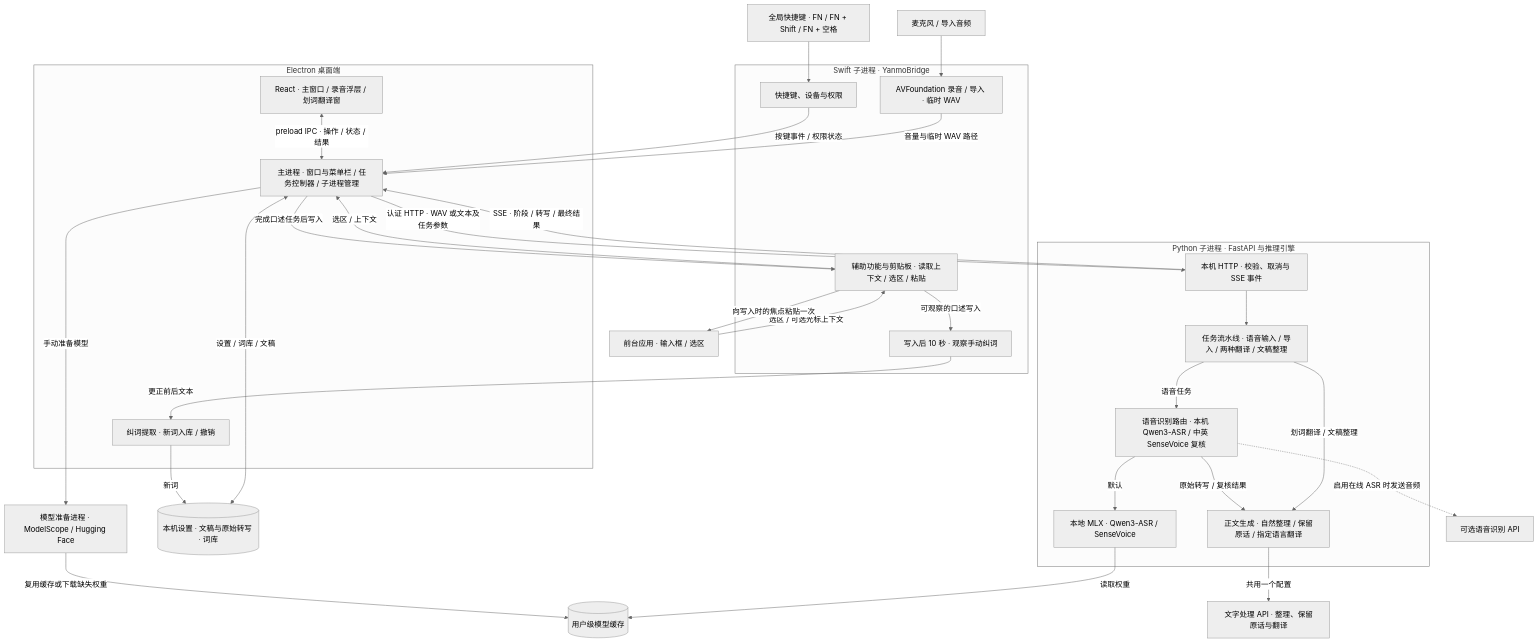
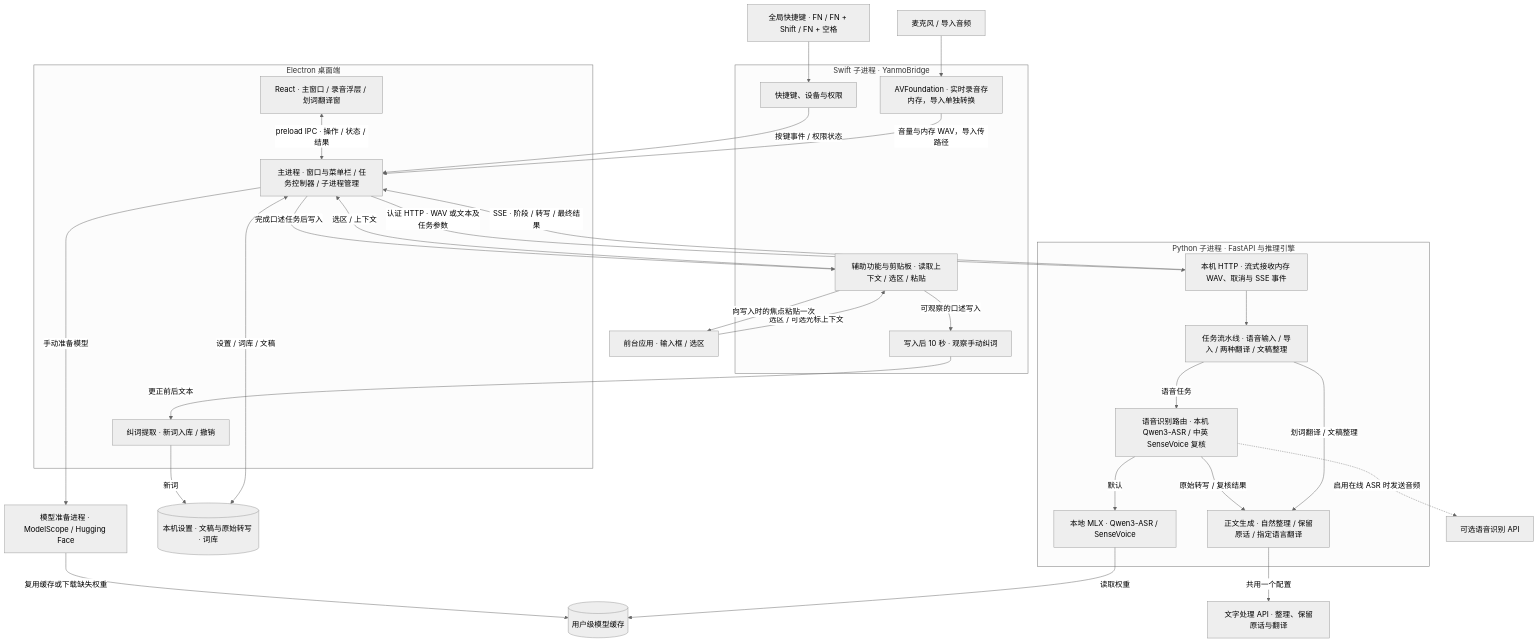
Before and after one commit to Happenmass/Yanmo: the diagram in docs/architecture/current-modules.md, drawn with Mermaid (neutral theme). The commit also changed 17 other files, not shown here.

````diff
--- a/docs/architecture/current-modules.md
+++ b/docs/architecture/current-modules.md
@@ -5,59 +5,59 @@
 ```mermaid
 flowchart TB
     Hotkey["全局快捷键 · FN / FN + Shift / FN + 空格"]
     Mic["麦克风 / 导入音频"]
     App["前台应用 · 输入框 / 选区"]
 
     subgraph Native["Swift 子进程 · YanmoBridge"]
         Keys["快捷键、设备与权限"]
-        Audio["AVFoundation 录音 / 导入 · 临时 WAV"]
+        Audio["AVFoundation · 实时录音存内存，导入单独转换"]
         Access["辅助功能与剪贴板 · 读取上下文 / 选区 / 粘贴"]
         Observe["写入后 10 秒 · 观察手动纠词"]
     end
 
     subgraph Desktop["Electron 桌面端"]
         UI["React · 主窗口 / 录音浮层 / 划词翻译窗"]
         Main["主进程 · 窗口与菜单栏 / 任务控制器 / 子进程管理"]
         Learn["纠词提取 · 新词入库 / 撤销"]
     end
 
     subgraph Backend["Python 子进程 · FastAPI 与推理引擎"]
-        API["本机 HTTP · 校验、取消与 SSE 事件"]
+        API["本机 HTTP · 流式接收内存 WAV、取消与 SSE 事件"]
         Flow["任务流水线 · 语音输入 / 导入 / 两种翻译 / 文稿整理"]
         ASR["语音识别路由 · 本机 Qwen3-ASR / 中英 SenseVoice 复核"]
         Text["正文生成 · 自然整理 / 保留原话 / 指定语言翻译"]
         Local["本地 MLX · Qwen3-ASR / SenseVoice"]
     end
 
     Disk[("本机设置 · 文稿与原始转写 · 词库")]
     Setup["模型准备进程 · ModelScope / Hugging Face"]
     Models[("用户级模型缓存")]
     OnlineASR["可选语音识别 API"]
     TextAPI["文字处理 API · 整理、保留原话与翻译"]
 
     Hotkey --> Keys
     Mic --> Audio
     App -->|"选区 / 可选光标上下文"| Access
     Keys -->|"按键事件 / 权限状态"| Main
-    Audio -->|"音量与临时 WAV 路径"| Main
+    Audio -->|"音量与内存 WAV，导入传路径"| Main
     Access -->|"选区 / 上下文"| Main
     Main -->|"完成口述任务后写入"| Access
     Access -->|"向写入时的焦点粘贴一次"| App
     Access -->|"可观察的口述写入"| Observe
     Observe -->|"更正前后文本"| Learn
     Learn -->|"新词"| Disk
     UI <-->|"preload IPC · 操作 / 状态 / 结果"| Main
     Main <-->|"设置 / 词库 / 文稿"| Disk
     Main -->|"手动准备模型"| Setup
     Setup -->|"复用缓存或下载缺失权重"| Models
     Main -->|"认证 HTTP · WAV 或文本及任务参数"| API
     API -->|"SSE · 阶段 / 转写 / 最终结果"| Main
     API --> Flow
     Flow -->|"语音任务"| ASR
     ASR -->|"原始转写 / 复核结果"| Text
     Flow -->|"划词翻译 / 文稿整理"| Text
     ASR -->|"默认"| Local
     Local -->|"读取权重"| Models
     ASR -. "启用在线 ASR 时发送音频" .-> OnlineASR
     Text -->|"共用一个配置"| TextAPI
 ```
````
